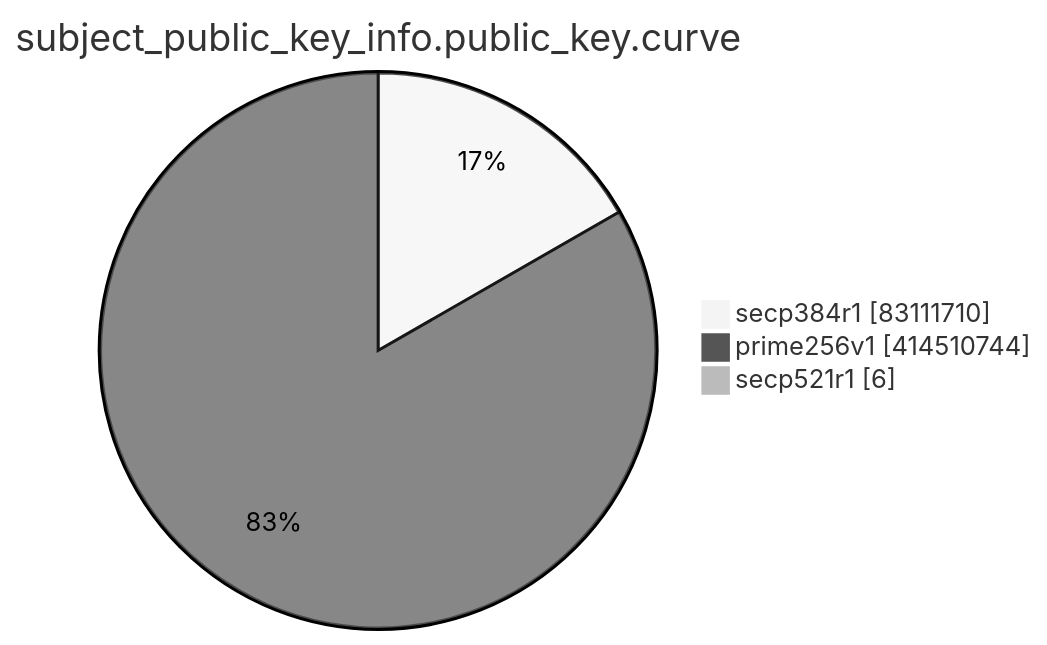
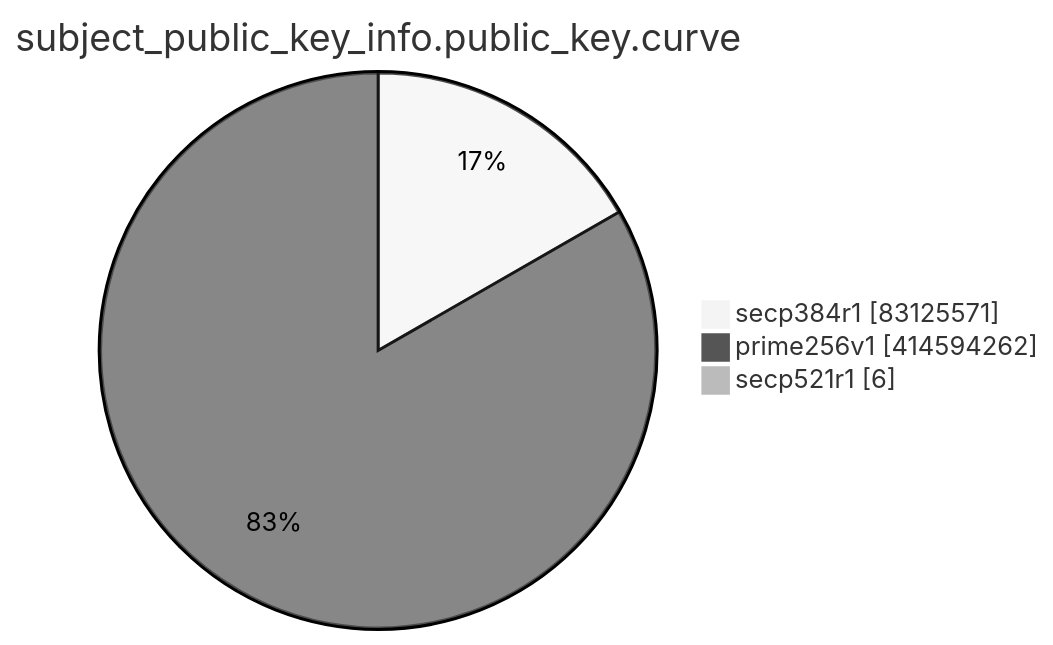
One commit to christiankrug/ctmonitor_visualization changed the eighth of 15 diagrams in TOTAL/README.md. Above: the diagram before and after it, drawn with Mermaid (neutral theme). The commit also changed other lines of this file, not shown here.

````diff
--- a/TOTAL/README.md
+++ b/TOTAL/README.md
@@ -3098,7 +3098,7 @@
 ```mermaid
 pie showData
 title subject_public_key_info.public_key.curve
-"secp384r1" :83111710
-"prime256v1" :414510744
+"secp384r1" :83125571
+"prime256v1" :414594262
 "secp521r1" :6
 ```
````
